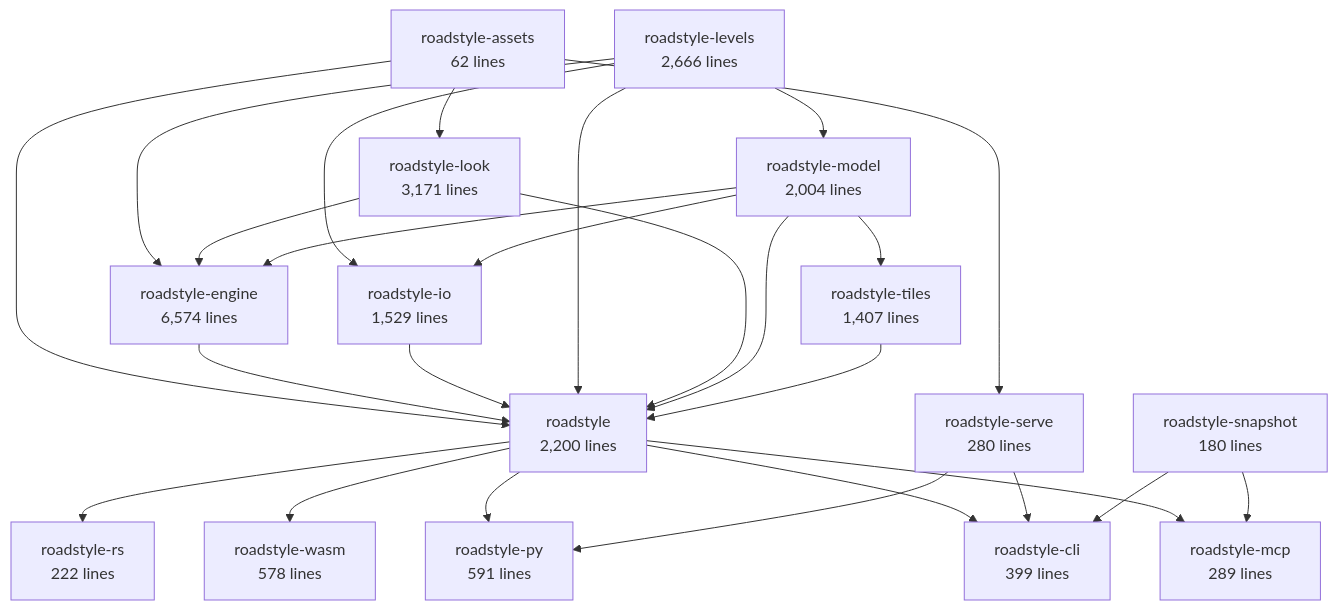
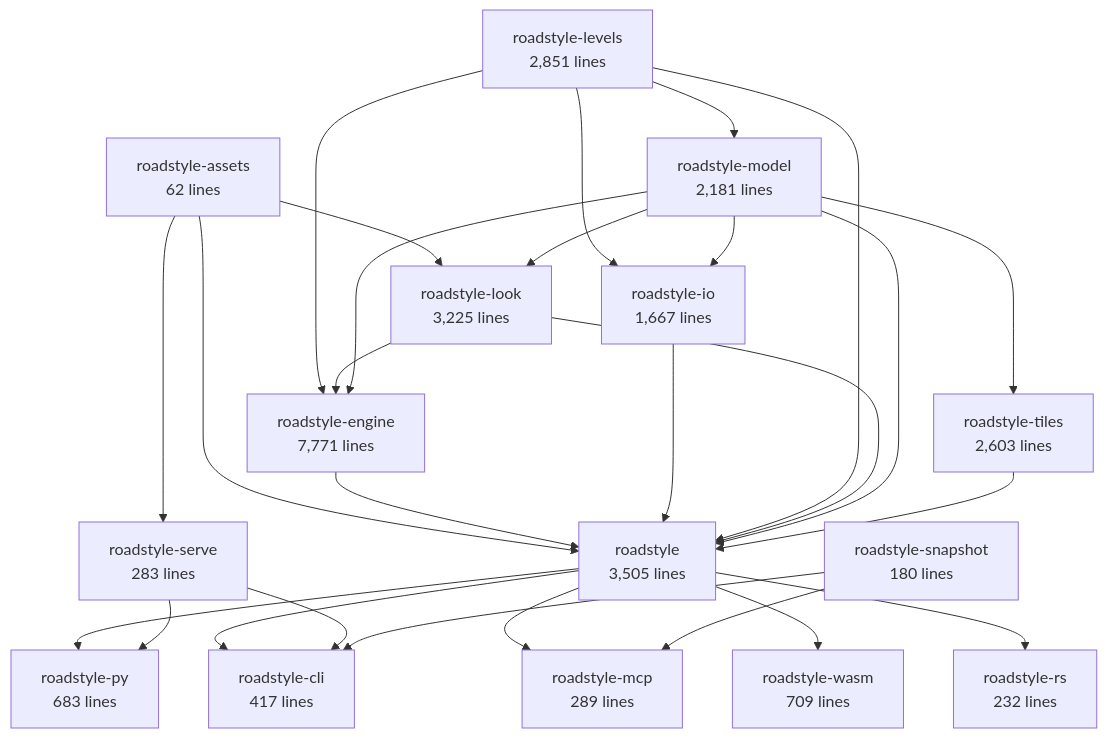
The second of 6 diagrams in docs/rust/architecture.md (Khoshkhah/roadstyle), drawn with Mermaid before and after one commit. The commit also changed other lines of this file and 41 other files, not shown here.

````diff
--- a/docs/rust/architecture.md
+++ b/docs/rust/architecture.md
@@ -70,43 +70,44 @@
 ```mermaid
 flowchart TB
     roadstyle_assets["roadstyle-assets<br/>62 lines"]
-    roadstyle_model["roadstyle-model<br/>2,004 lines"]
-    roadstyle_look["roadstyle-look<br/>3,171 lines"]
-    roadstyle_io["roadstyle-io<br/>1,529 lines"]
-    roadstyle_levels["roadstyle-levels<br/>2,666 lines"]
-    roadstyle_engine["roadstyle-engine<br/>6,574 lines"]
-    roadstyle_tiles["roadstyle-tiles<br/>1,407 lines"]
-    roadstyle["roadstyle<br/>2,200 lines"]
-    roadstyle_rs["roadstyle-rs<br/>222 lines"]
-    roadstyle_wasm["roadstyle-wasm<br/>578 lines"]
-    roadstyle_py["roadstyle-py<br/>591 lines"]
-    roadstyle_cli["roadstyle-cli<br/>399 lines"]
+    roadstyle_model["roadstyle-model<br/>2,181 lines"]
+    roadstyle_look["roadstyle-look<br/>3,225 lines"]
+    roadstyle_io["roadstyle-io<br/>1,667 lines"]
+    roadstyle_levels["roadstyle-levels<br/>2,851 lines"]
+    roadstyle_engine["roadstyle-engine<br/>7,771 lines"]
+    roadstyle_tiles["roadstyle-tiles<br/>2,603 lines"]
+    roadstyle["roadstyle<br/>3,505 lines"]
+    roadstyle_rs["roadstyle-rs<br/>232 lines"]
+    roadstyle_wasm["roadstyle-wasm<br/>709 lines"]
+    roadstyle_py["roadstyle-py<br/>683 lines"]
+    roadstyle_cli["roadstyle-cli<br/>417 lines"]
     roadstyle_mcp["roadstyle-mcp<br/>289 lines"]
-    roadstyle_serve["roadstyle-serve<br/>280 lines"]
+    roadstyle_serve["roadstyle-serve<br/>283 lines"]
     roadstyle_snapshot["roadstyle-snapshot<br/>180 lines"]
     roadstyle_levels --> roadstyle_model
     roadstyle_assets --> roadstyle_look
+    roadstyle_model --> roadstyle_look
     roadstyle_levels --> roadstyle_io
     roadstyle_model --> roadstyle_io
     roadstyle_levels --> roadstyle_engine
     roadstyle_look --> roadstyle_engine
     roadstyle_model --> roadstyle_engine
     roadstyle_model --> roadstyle_tiles
     roadstyle_assets --> roadstyle
     roadstyle_engine --> roadstyle
     roadstyle_io --> roadstyle
     roadstyle_levels --> roadstyle
     roadstyle_look --> roadstyle
     roadstyle_model --> roadstyle
     roadstyle_tiles --> roadstyle
     roadstyle --> roadstyle_rs
     roadstyle --> roadstyle_wasm
     roadstyle --> roadstyle_py
     roadstyle_serve --> roadstyle_py
     roadstyle --> roadstyle_cli
     roadstyle_serve --> roadstyle_cli
     roadstyle_snapshot --> roadstyle_cli
     roadstyle --> roadstyle_mcp
     roadstyle_snapshot --> roadstyle_mcp
     roadstyle_assets --> roadstyle_serve
 ```
````
